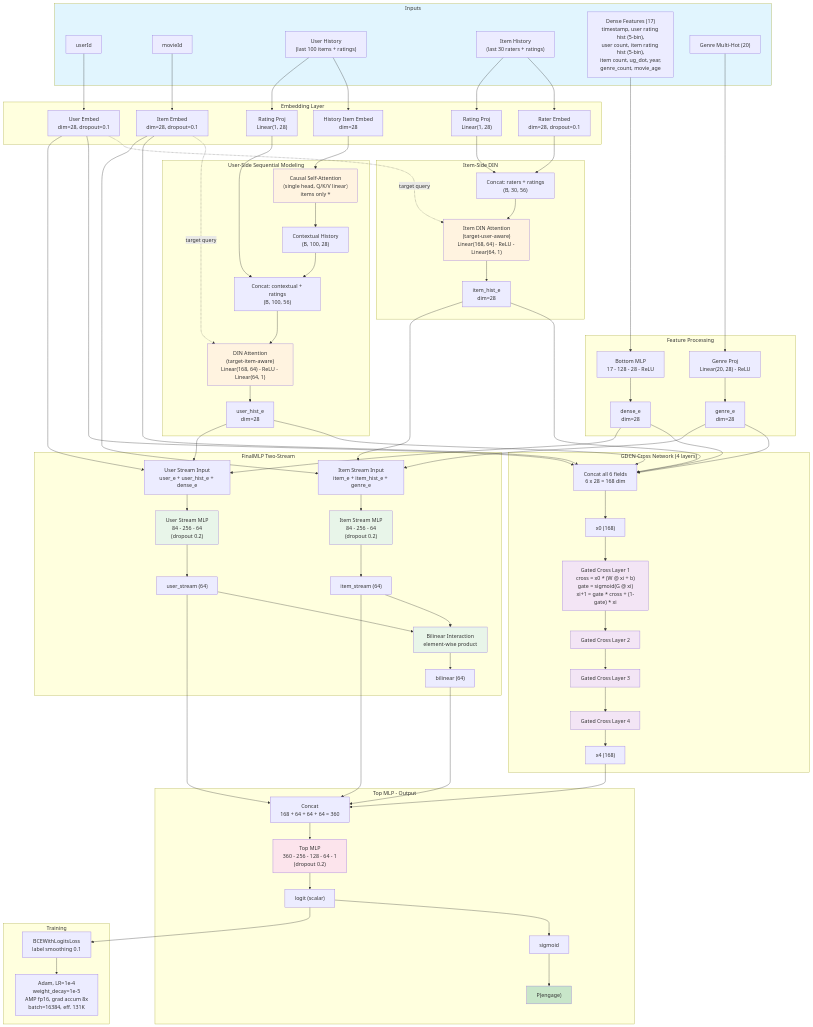
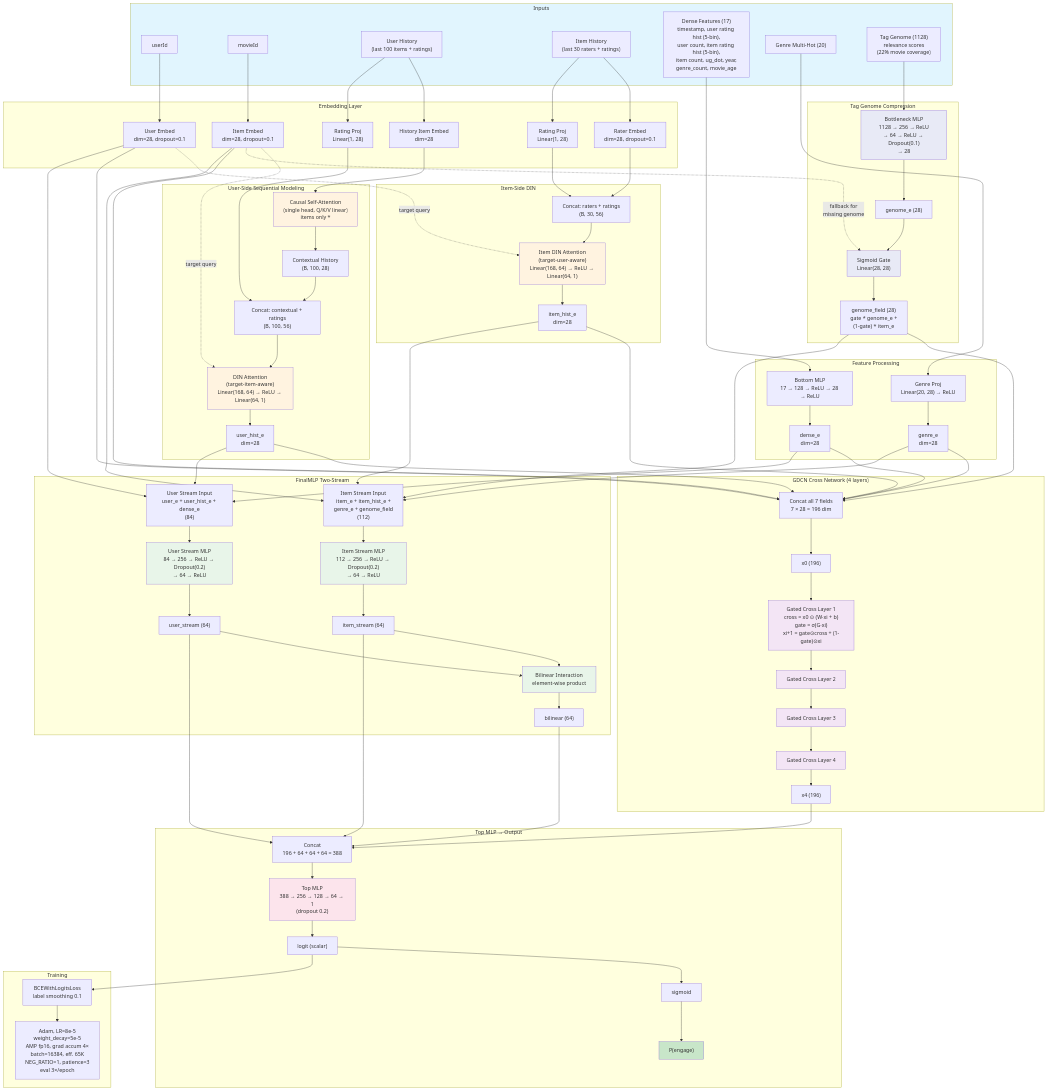
One commit to thuningxu/movielens changed the diagram in architecture.md. Above: the diagram before and after it, drawn with Mermaid. The commit also changed other lines of this file and 1 other file, not shown here.

Commit message:
Update architecture diagram and docs for 0.820 model
- Add tag genome compression (1128→256→64→D) with sigmoid gate
- Update to 7 GDCN fields (was 6), 196-dim cross (was 168)
- Item stream now 4×D input (includes genome_field)
- Training HP: LR=8e-5, WD=5e-5, ACCUM=4×, NEG_RATIO=1
- Update learnings: genome, NEG_RATIO, HP stacking
- ~230 experiments total

```diff
--- a/architecture.md
+++ b/architecture.md
@@ -13,6 +13,7 @@
         IHIST["Item History<br/>(last 30 raters + ratings)"]
         DENSE_RAW["Dense Features (17)<br/>timestamp, user rating hist (5-bin),<br/>user count, item rating hist (5-bin),<br/>item count, ug_dot, year,<br/>genre_count, movie_age"]
         GENRE["Genre Multi-Hot (20)"]
+        GENOME_RAW["Tag Genome (1128)<br/>relevance scores<br/>(22% movie coverage)"]
     end
 
     subgraph "Embedding Layer"
@@ -29,7 +30,7 @@
         CAUSAL --> CONTEXTUAL["Contextual History<br/>(B, 100, 28)"]
         CONTEXTUAL --> DIN_CAT["Concat: contextual + ratings<br/>(B, 100, 56)"]
         HIST_RAT --> DIN_CAT
-        DIN_CAT --> DIN["DIN Attention<br/>(target-item-aware)<br/>Linear(168, 64) - ReLU - Linear(64, 1)"]
+        DIN_CAT --> DIN["DIN Attention<br/>(target-item-aware)<br/>Linear(168, 64) → ReLU → Linear(64, 1)"]
         ITEM_E -.->|target query| DIN
         DIN --> USER_HIST_E["user_hist_e<br/>dim=28"]
     end
@@ -37,44 +38,54 @@
     subgraph "Item-Side DIN"
         RATER_E --> IDIN_CAT["Concat: raters + ratings<br/>(B, 30, 56)"]
         RATER_RAT --> IDIN_CAT
-        IDIN_CAT --> IDIN["Item DIN Attention<br/>(target-user-aware)<br/>Linear(168, 64) - ReLU - Linear(64, 1)"]
+        IDIN_CAT --> IDIN["Item DIN Attention<br/>(target-user-aware)<br/>Linear(168, 64) → ReLU → Linear(64, 1)"]
         USER_E -.->|target query| IDIN
         IDIN --> ITEM_HIST_E["item_hist_e<br/>dim=28"]
     end
 
     subgraph "Feature Processing"
-        DENSE_RAW --> BOTTOM_MLP["Bottom MLP<br/>17 - 128 - 28 - ReLU"]
+        DENSE_RAW --> BOTTOM_MLP["Bottom MLP<br/>17 → 128 → ReLU → 28 → ReLU"]
         BOTTOM_MLP --> DENSE_E["dense_e<br/>dim=28"]
-        GENRE --> GENRE_PROJ["Genre Proj<br/>Linear(20, 28) - ReLU"]
+        GENRE --> GENRE_PROJ["Genre Proj<br/>Linear(20, 28) → ReLU"]
         GENRE_PROJ --> GENRE_E["genre_e<br/>dim=28"]
     end
 
+    subgraph "Tag Genome Compression"
+        GENOME_RAW --> GENOME_PROJ["Bottleneck MLP<br/>1128 → 256 → ReLU<br/>→ 64 → ReLU → Dropout(0.1)<br/>→ 28"]
+        GENOME_PROJ --> GENOME_E_RAW["genome_e (28)"]
+        GENOME_E_RAW --> GATE["Sigmoid Gate<br/>Linear(28, 28)"]
+        ITEM_E -.->|fallback for<br/>missing genome| GATE
+        GATE --> GENOME_FIELD["genome_field (28)<br/>gate * genome_e +<br/>(1-gate) * item_e"]
+    end
+
     subgraph "GDCN Cross Network (4 layers)"
-        USER_E --> CONCAT["Concat all 6 fields<br/>6 x 28 = 168 dim"]
+        USER_E --> CONCAT["Concat all 7 fields<br/>7 × 28 = 196 dim"]
         ITEM_E --> CONCAT
         USER_HIST_E --> CONCAT
         ITEM_HIST_E --> CONCAT
         DENSE_E --> CONCAT
         GENRE_E --> CONCAT
-        CONCAT --> X0["x0 (168)"]
-        X0 --> GCL1["Gated Cross Layer 1<br/>cross = x0 * (W @ xi + b)<br/>gate = sigmoid(G @ xi)<br/>xi+1 = gate * cross + (1-gate) * xi"]
+        GENOME_FIELD --> CONCAT
+        CONCAT --> X0["x0 (196)"]
+        X0 --> GCL1["Gated Cross Layer 1<br/>cross = x0 ⊙ (W·xi + b)<br/>gate = σ(G·xi)<br/>xi+1 = gate⊙cross + (1-gate)⊙xi"]
         GCL1 --> GCL2["Gated Cross Layer 2"]
         GCL2 --> GCL3["Gated Cross Layer 3"]
         GCL3 --> GCL4["Gated Cross Layer 4"]
-        GCL4 --> X4["x4 (168)"]
+        GCL4 --> X4["x4 (196)"]
     end
 
     subgraph "FinalMLP Two-Stream"
-        USER_E --> US_CAT["User Stream Input<br/>user_e + user_hist_e + dense_e"]
+        USER_E --> US_CAT["User Stream Input<br/>user_e + user_hist_e + dense_e<br/>(84)"]
         USER_HIST_E --> US_CAT
         DENSE_E --> US_CAT
-        US_CAT --> US["User Stream MLP<br/>84 - 256 - 64<br/>(dropout 0.2)"]
+        US_CAT --> US["User Stream MLP<br/>84 → 256 → ReLU → Dropout(0.2)<br/>→ 64 → ReLU"]
         US --> US_OUT["user_stream (64)"]
 
-        ITEM_E --> IS_CAT["Item Stream Input<br/>item_e + item_hist_e + genre_e"]
+        ITEM_E --> IS_CAT["Item Stream Input<br/>item_e + item_hist_e +<br/>genre_e + genome_field<br/>(112)"]
         ITEM_HIST_E --> IS_CAT
         GENRE_E --> IS_CAT
-        IS_CAT --> IS["Item Stream MLP<br/>84 - 256 - 64<br/>(dropout 0.2)"]
+        GENOME_FIELD --> IS_CAT
+        IS_CAT --> IS["Item Stream MLP<br/>112 → 256 → ReLU → Dropout(0.2)<br/>→ 64 → ReLU"]
         IS --> IS_OUT["item_stream (64)"]
 
         US_OUT --> BILINEAR["Bilinear Interaction<br/>element-wise product"]
@@ -82,12 +93,12 @@
         BILINEAR --> BIL_OUT["bilinear (64)"]
     end
 
-    subgraph "Top MLP - Output"
-        X4 --> FINAL_CAT["Concat<br/>168 + 64 + 64 + 64 = 360"]
+    subgraph "Top MLP → Output"
+        X4 --> FINAL_CAT["Concat<br/>196 + 64 + 64 + 64 = 388"]
         US_OUT --> FINAL_CAT
         IS_OUT --> FINAL_CAT
         BIL_OUT --> FINAL_CAT
-        FINAL_CAT --> TOP["Top MLP<br/>360 - 256 - 128 - 64 - 1<br/>(dropout 0.2)"]
+        FINAL_CAT --> TOP["Top MLP<br/>388 → 256 → 128 → 64 → 1<br/>(dropout 0.2)"]
         TOP --> LOGIT["logit (scalar)"]
         LOGIT --> SIGMOID["sigmoid"]
         SIGMOID --> PRED["P(engage)"]
@@ -95,13 +106,15 @@
 
     subgraph "Training"
         LOGIT --> LOSS["BCEWithLogitsLoss<br/>label smoothing 0.1"]
-        LOSS --> OPT["Adam, LR=1e-4<br/>weight_decay=1e-5<br/>AMP fp16, grad accum 8x<br/>batch=16384, eff. 131K"]
+        LOSS --> OPT["Adam, LR=8e-5<br/>weight_decay=5e-5<br/>AMP fp16, grad accum 4×<br/>batch=16384, eff. 65K<br/>NEG_RATIO=1, patience=3<br/>eval 3×/epoch"]
     end
 
     style Inputs fill:#e1f5fe
     style CAUSAL fill:#fff3e0
     style DIN fill:#fff3e0
     style IDIN fill:#fff3e0
+    style GENOME_PROJ fill:#e8eaf6
+    style GATE fill:#e8eaf6
     style GCL1 fill:#f3e5f5
     style GCL2 fill:#f3e5f5
     style GCL3 fill:#f3e5f5
```
